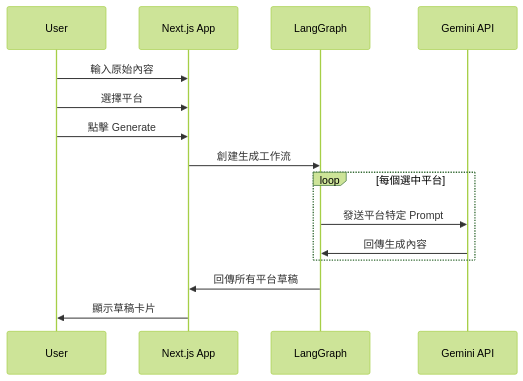
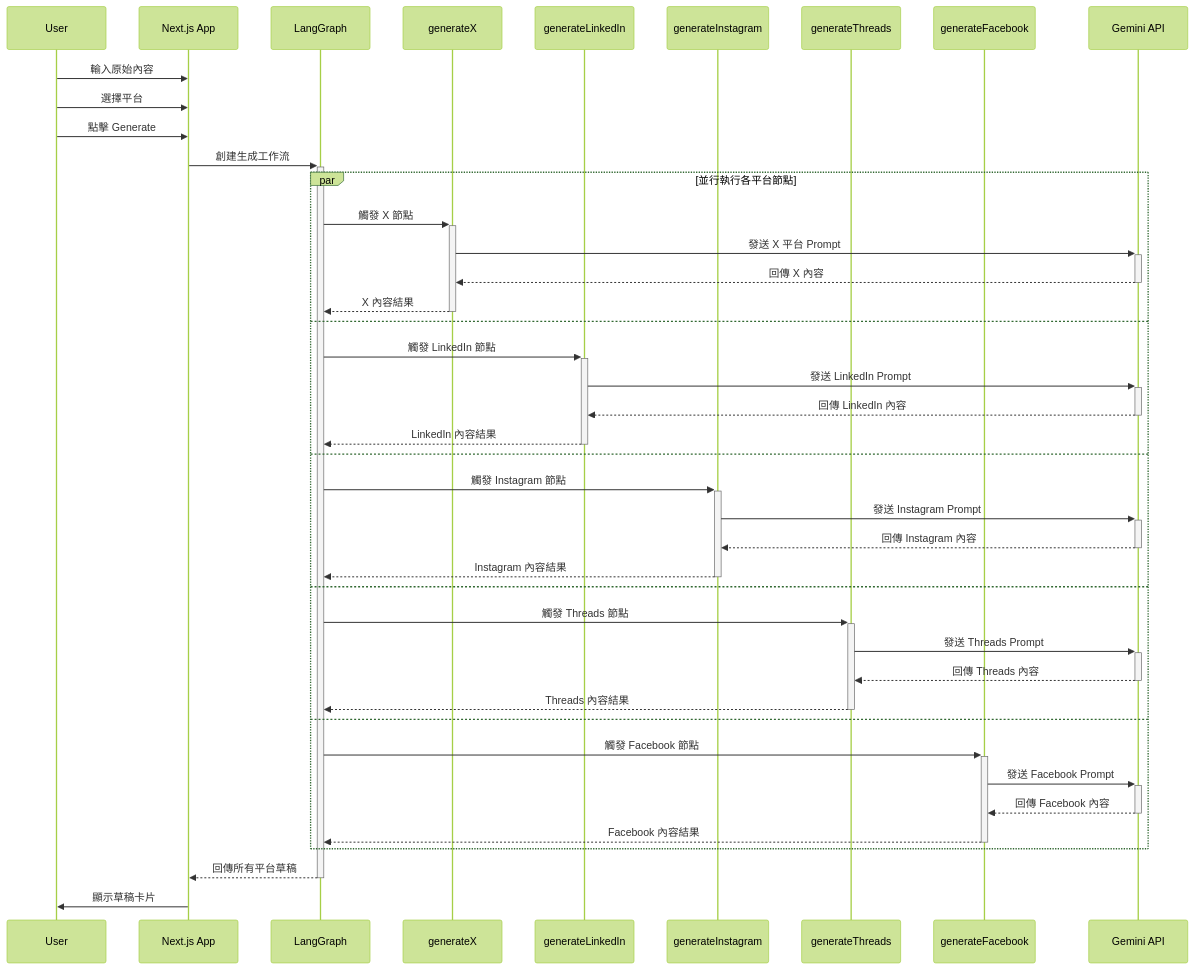
One commit to whats2000/social-media-post-assistant changed the third of 5 diagrams in docs/SystemDesign.md. Above: the diagram before and after it, drawn with Mermaid (forest theme). The commit also changed other lines of this file, not shown here.

````diff
--- a/docs/SystemDesign.md
+++ b/docs/SystemDesign.md
@@ -214,20 +223,47 @@
 ```mermaid
 sequenceDiagram
   participant U as User
   participant App as Next.js App
   participant LG as LangGraph
+  participant N1 as generateX
+  participant N2 as generateLinkedIn
+  participant N3 as generateInstagram
+  participant N4 as generateThreads
+  participant N5 as generateFacebook
   participant API as Gemini API
 
   U->>App: 輸入原始內容
   U->>App: 選擇平台
   U->>App: 點擊 Generate
-  App->>LG: 創建生成工作流
+  App->>+LG: 創建生成工作流
   
-  loop 每個選中平台
-    LG->>API: 發送平台特定 Prompt
-    API->>LG: 回傳生成內容
+  par 並行執行各平台節點
+    LG->>+N1: 觸發 X 節點
+    N1->>+API: 發送 X 平台 Prompt
+    API-->>-N1: 回傳 X 內容
+    N1-->>-LG: X 內容結果
+  and
+    LG->>+N2: 觸發 LinkedIn 節點
+    N2->>+API: 發送 LinkedIn Prompt
+    API-->>-N2: 回傳 LinkedIn 內容
+    N2-->>-LG: LinkedIn 內容結果
+  and
+    LG->>+N3: 觸發 Instagram 節點
+    N3->>+API: 發送 Instagram Prompt
+    API-->>-N3: 回傳 Instagram 內容
+    N3-->>-LG: Instagram 內容結果
+  and
+    LG->>+N4: 觸發 Threads 節點
+    N4->>+API: 發送 Threads Prompt
+    API-->>-N4: 回傳 Threads 內容
+    N4-->>-LG: Threads 內容結果
+  and
+    LG->>+N5: 觸發 Facebook 節點
+    N5->>+API: 發送 Facebook Prompt
+    API-->>-N5: 回傳 Facebook 內容
+    N5-->>-LG: Facebook 內容結果
   end
   
-  LG->>App: 回傳所有平台草稿
+  LG-->>-App: 回傳所有平台草稿
   App->>U: 顯示草稿卡片
 ```
````
